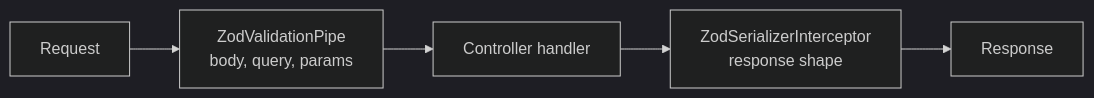
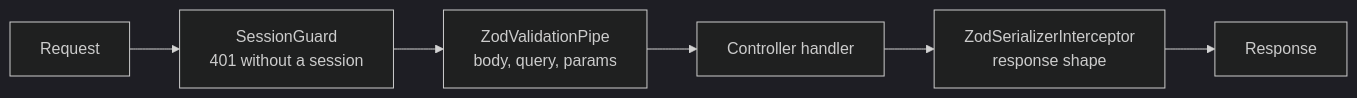
Before and after one commit to nitzanto/ratewatch: the diagram in apps/docs/src/content/docs/architecture/backend.md, drawn with Mermaid (dark theme). The commit also changed other lines of this file and 59 other files, not shown here.

````diff
--- a/apps/docs/src/content/docs/architecture/backend.md
+++ b/apps/docs/src/content/docs/architecture/backend.md
@@ -26,7 +35,8 @@
 ```mermaid
 flowchart LR
-  req[Request] --> pipe["ZodValidationPipe<br/>body, query, params"]
+  req[Request] --> guard["SessionGuard<br/>401 without a session"]
+  guard --> pipe["ZodValidationPipe<br/>body, query, params"]
   pipe --> handler[Controller handler]
   handler --> ser["ZodSerializerInterceptor<br/>response shape"]
   ser --> res[Response]
 ```
````
